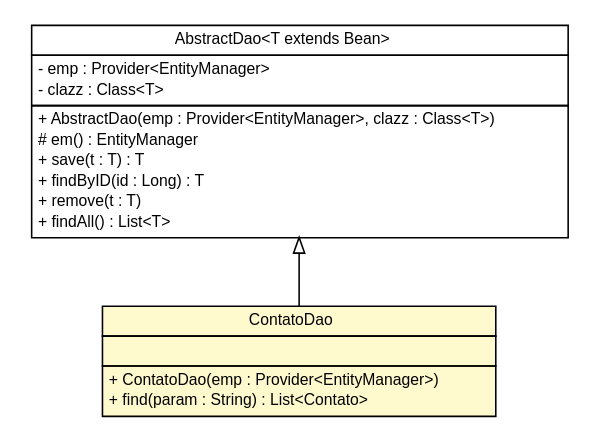
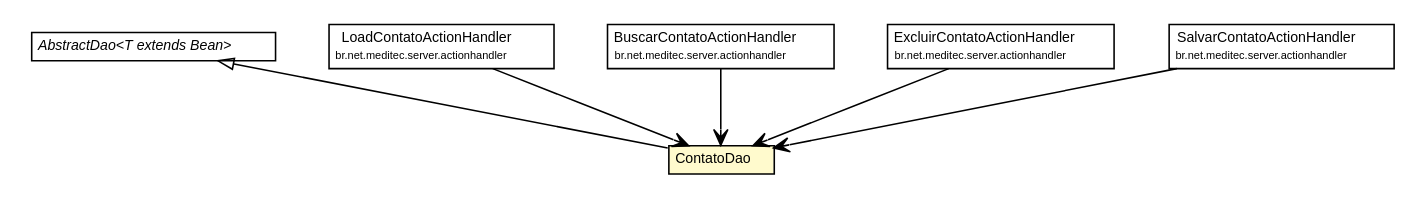
The diagram in apidocs/br/net/meditec/server/dao/ContatoDao.dot (caarlos0-graveyard/meditec), drawn with Graphviz before and after one commit. The commit also changed 517 other files, not shown here.

```diff
--- a/apidocs/br/net/meditec/server/dao/ContatoDao.dot
+++ b/apidocs/br/net/meditec/server/dao/ContatoDao.dot
@@ -1,45 +1,60 @@
 #!/usr/local/bin/dot
 #
 # Class diagram 
-# Generated by UMLGraph version 5.1 (http://www.umlgraph.org/)
+# Generated by UmlGraph version 4.6 (http://www.spinellis.gr/sw/umlgraph)
 #
 
 digraph G {
 	edge [fontname="Helvetica",fontsize=10,labelfontname="Helvetica",labelfontsize=10];
 	node [fontname="Helvetica",fontsize=10,shape=plaintext];
-	nodesep=0.25;
-	ranksep=0.5;
 	// br.net.meditec.server.dao.ContatoDao
-	c6155 [label=<<table title="br.net.meditec.server.dao.ContatoDao" border="0" cellborder="1" cellspacing="0" cellpadding="2" port="p" bgcolor="lemonChiffon" href="./ContatoDao.html">
+	c5710 [label=<<table border="0" cellborder="1" cellspacing="0" cellpadding="2" port="p" bgcolor="lemonChiffon" href="./ContatoDao.html">
 		<tr><td><table border="0" cellspacing="0" cellpadding="1">
-<tr><td align="center" balign="center"> ContatoDao </td></tr>
+			<tr><td> ContatoDao </td></tr>
 		</table></td></tr>
+		</table>>, fontname="Helvetica", fontcolor="black", fontsize=9.0];
+	// br.net.meditec.server.dao.AbstractDao<T extends br.net.meditec.server.model.Bean>
+	c5711 [label=<<table border="0" cellborder="1" cellspacing="0" cellpadding="2" port="p" href="./AbstractDao.html">
 		<tr><td><table border="0" cellspacing="0" cellpadding="1">
-<tr><td align="left" balign="left">  </td></tr>
+			<tr><td><font face="Helvetica-Oblique"> AbstractDao&lt;T extends Bean&gt; </font></td></tr>
 		</table></td></tr>
+		</table>>, fontname="Helvetica", fontcolor="black", fontsize=9.0];
+	// br.net.meditec.server.actionhandler.LoadContatoActionHandler
+	c5722 [label=<<table border="0" cellborder="1" cellspacing="0" cellpadding="2" port="p" href="../actionhandler/LoadContatoActionHandler.html">
 		<tr><td><table border="0" cellspacing="0" cellpadding="1">
-<tr><td align="left" balign="left"> + ContatoDao(emp : Provider&lt;EntityManager&gt;) </td></tr>
-<tr><td align="left" balign="left"> + find(param : String) : List&lt;Contato&gt; </td></tr>
+			<tr><td> LoadContatoActionHandler </td></tr>
+			<tr><td><font point-size="7.0"> br.net.meditec.server.actionhandler </font></td></tr>
 		</table></td></tr>
-		</table>>, fontname="Helvetica", fontcolor="black", fontsize=10.0];
-	// br.net.meditec.server.dao.AbstractDao<T extends br.net.meditec.server.model.Bean>
-	c6156 [label=<<table title="br.net.meditec.server.dao.AbstractDao" border="0" cellborder="1" cellspacing="0" cellpadding="2" port="p" href="./AbstractDao.html">
+		</table>>, fontname="Helvetica", fontcolor="black", fontsize=9.0];
+	// br.net.meditec.server.actionhandler.BuscarContatoActionHandler
+	c5723 [label=<<table border="0" cellborder="1" cellspacing="0" cellpadding="2" port="p" href="../actionhandler/BuscarContatoActionHandler.html">
 		<tr><td><table border="0" cellspacing="0" cellpadding="1">
-<tr><td align="center" balign="center"> AbstractDao&lt;T extends Bean&gt; </td></tr>
+			<tr><td> BuscarContatoActionHandler </td></tr>
+			<tr><td><font point-size="7.0"> br.net.meditec.server.actionhandler </font></td></tr>
 		</table></td></tr>
+		</table>>, fontname="Helvetica", fontcolor="black", fontsize=9.0];
+	// br.net.meditec.server.actionhandler.ExcluirContatoActionHandler
+	c5724 [label=<<table border="0" cellborder="1" cellspacing="0" cellpadding="2" port="p" href="../actionhandler/ExcluirContatoActionHandler.html">
 		<tr><td><table border="0" cellspacing="0" cellpadding="1">
-<tr><td align="left" balign="left"> - emp : Provider&lt;EntityManager&gt; </td></tr>
-<tr><td align="left" balign="left"> - clazz : Class&lt;T&gt; </td></tr>
+			<tr><td> ExcluirContatoActionHandler </td></tr>
+			<tr><td><font point-size="7.0"> br.net.meditec.server.actionhandler </font></td></tr>
 		</table></td></tr>
+		</table>>, fontname="Helvetica", fontcolor="black", fontsize=9.0];
+	// br.net.meditec.server.actionhandler.SalvarContatoActionHandler
+	c5725 [label=<<table border="0" cellborder="1" cellspacing="0" cellpadding="2" port="p" href="../actionhandler/SalvarContatoActionHandler.html">
 		<tr><td><table border="0" cellspacing="0" cellpadding="1">
-<tr><td align="left" balign="left"> + AbstractDao(emp : Provider&lt;EntityManager&gt;, clazz : Class&lt;T&gt;) </td></tr>
-<tr><td align="left" balign="left"> # em() : EntityManager </td></tr>
-<tr><td align="left" balign="left"> + save(t : T) : T </td></tr>
-<tr><td align="left" balign="left"> + findByID(id : Long) : T </td></tr>
-<tr><td align="left" balign="left"> + remove(t : T) </td></tr>
-<tr><td align="left" balign="left"> + findAll() : List&lt;T&gt; </td></tr>
+			<tr><td> SalvarContatoActionHandler </td></tr>
+			<tr><td><font point-size="7.0"> br.net.meditec.server.actionhandler </font></td></tr>
 		</table></td></tr>
-		</table>>, fontname="Helvetica", fontcolor="black", fontsize=10.0];
+		</table>>, fontname="Helvetica", fontcolor="black", fontsize=9.0];
 	//br.net.meditec.server.dao.ContatoDao extends br.net.meditec.server.dao.AbstractDao<br.net.meditec.server.model.Contato>
-	c6156:p -> c6155:p [dir=back,arrowtail=empty];
+	c5711:p -> c5710:p [dir=back,arrowtail=empty];
+	// br.net.meditec.server.actionhandler.LoadContatoActionHandler NAVASSOC br.net.meditec.server.dao.ContatoDao
+	c5722:p -> c5710:p [taillabel="", label="", headlabel="", fontname="Helvetica", fontcolor="black", fontsize=10.0, color="black", arrowhead=open];
+	// br.net.meditec.server.actionhandler.BuscarContatoActionHandler NAVASSOC br.net.meditec.server.dao.ContatoDao
+	c5723:p -> c5710:p [taillabel="", label="", headlabel="", fontname="Helvetica", fontcolor="black", fontsize=10.0, color="black", arrowhead=open];
+	// br.net.meditec.server.actionhandler.ExcluirContatoActionHandler NAVASSOC br.net.meditec.server.dao.ContatoDao
+	c5724:p -> c5710:p [taillabel="", label="", headlabel="", fontname="Helvetica", fontcolor="black", fontsize=10.0, color="black", arrowhead=open];
+	// br.net.meditec.server.actionhandler.SalvarContatoActionHandler NAVASSOC br.net.meditec.server.dao.ContatoDao
+	c5725:p -> c5710:p [taillabel="", label="", headlabel="", fontname="Helvetica", fontcolor="black", fontsize=10.0, color="black", arrowhead=open];
 }
```
